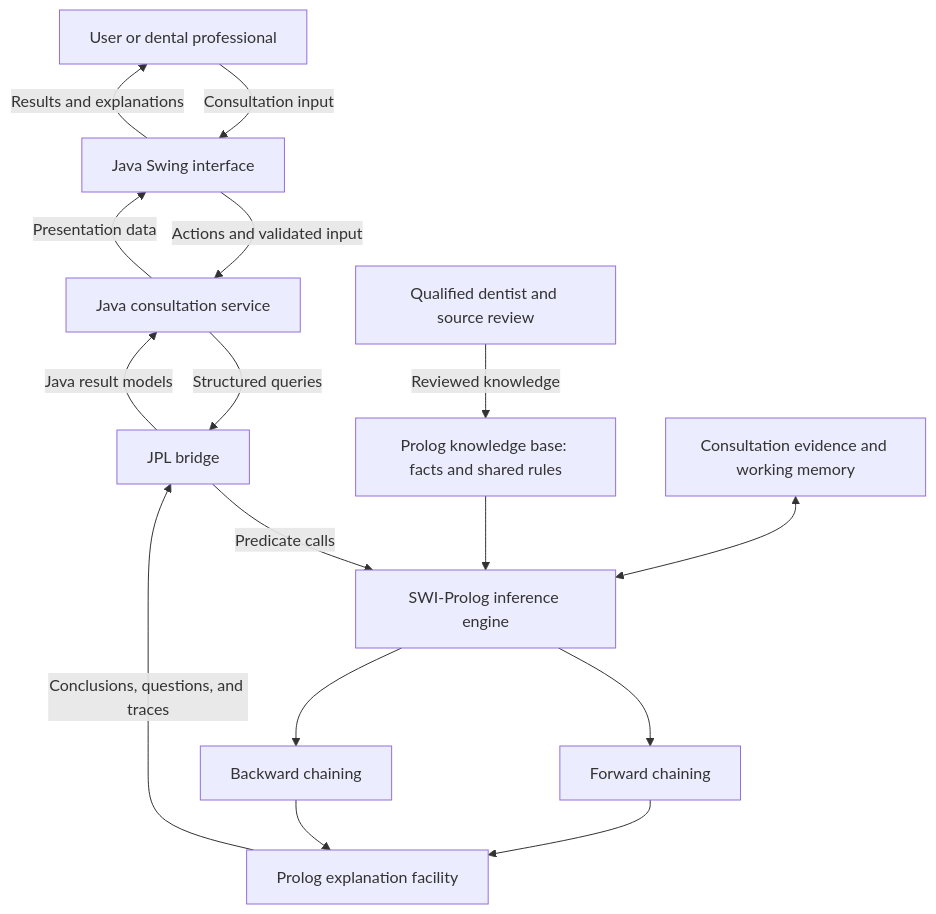
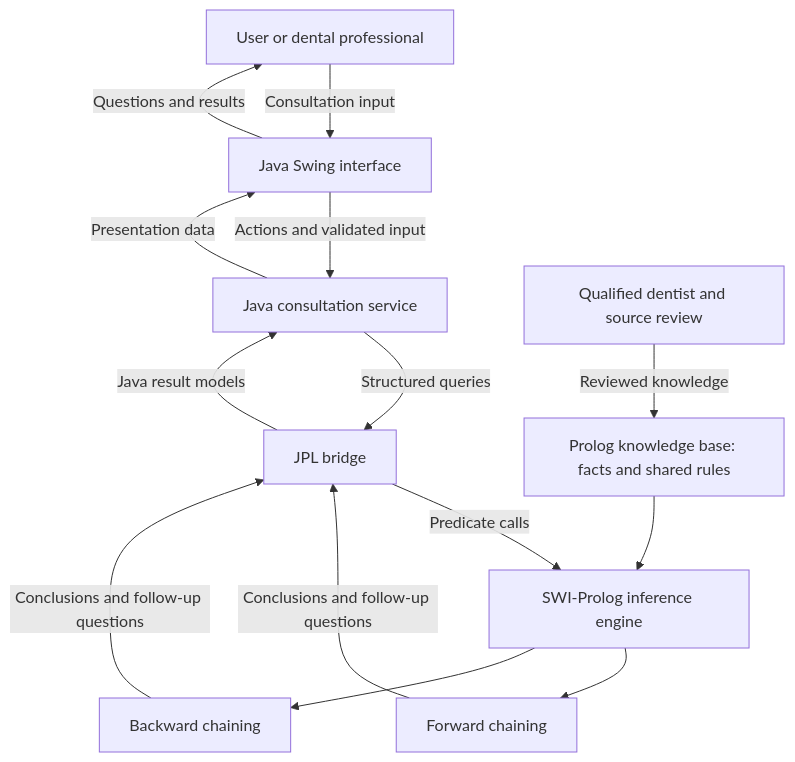
The diagram in docs/architecture.md (vishwajayawickrama/dental-expert-system), drawn with Mermaid before and after one commit. The commit also changed other lines of this file and 2 other files, not shown here.

Commit message:
Simplify architecture and document test cases

````diff
--- a/docs/architecture.md
+++ b/docs/architecture.md
@@ -28,18 +27,16 @@
 ```mermaid
 flowchart TD
     User["User or dental professional"] -->|"Consultation input"| UI["Java Swing interface"]
     UI -->|"Actions and validated input"| Service["Java consultation service"]
     Service -->|"Structured queries"| Bridge["JPL bridge"]
     Bridge -->|"Predicate calls"| Engine["SWI-Prolog inference engine"]
     KB["Prolog knowledge base: facts and shared rules"] --> Engine
-    Evidence["Consultation evidence and working memory"] <--> Engine
     Engine --> Forward["Forward chaining"]
     Engine --> Backward["Backward chaining"]
-    Forward --> Explain["Prolog explanation facility"]
-    Backward --> Explain
-    Explain -->|"Conclusions, questions, and traces"| Bridge
+    Forward -->|"Conclusions and follow-up questions"| Bridge
+    Backward -->|"Conclusions and follow-up questions"| Bridge
     Bridge -->|"Java result models"| Service
     Service -->|"Presentation data"| UI
-    UI -->|"Results and explanations"| User
+    UI -->|"Questions and results"| User
     Expert["Qualified dentist and source review"] -->|"Reviewed knowledge"| KB
 ```
````
